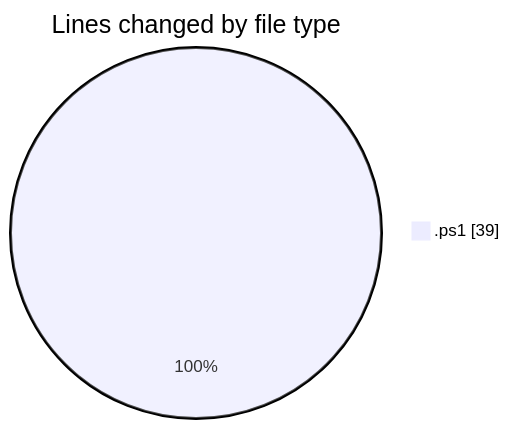
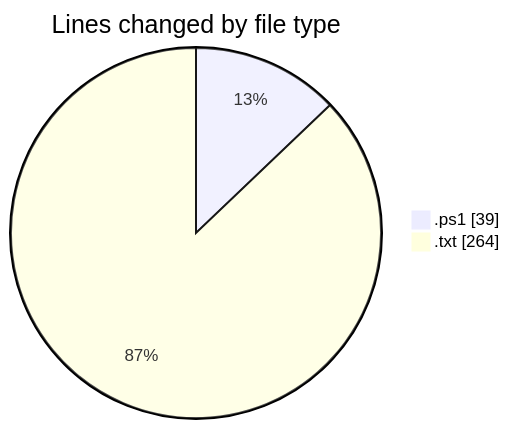
One commit to ricardozamudiocil/code-tracking changed the first of 2 diagrams in 2026-03-03/cilreports__workspace_/README.md. Above: the diagram before and after it, drawn with Mermaid. The commit also changed other lines of this file and 1 other file, not shown here.

````diff
--- a/2026-03-03/cilreports__workspace_/README.md
+++ b/2026-03-03/cilreports__workspace_/README.md
@@ -20,5 +22,6 @@
 ```mermaid
 pie showData
 title Lines changed by file type
 ".ps1" : 39
+".txt" : 264
 ```
````
